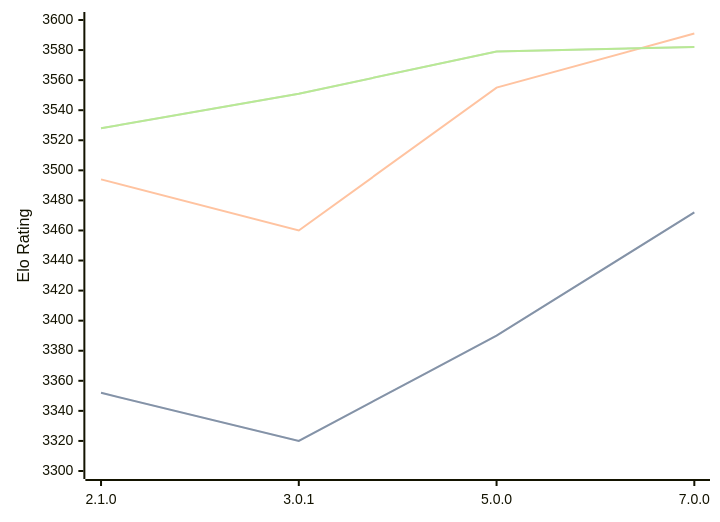
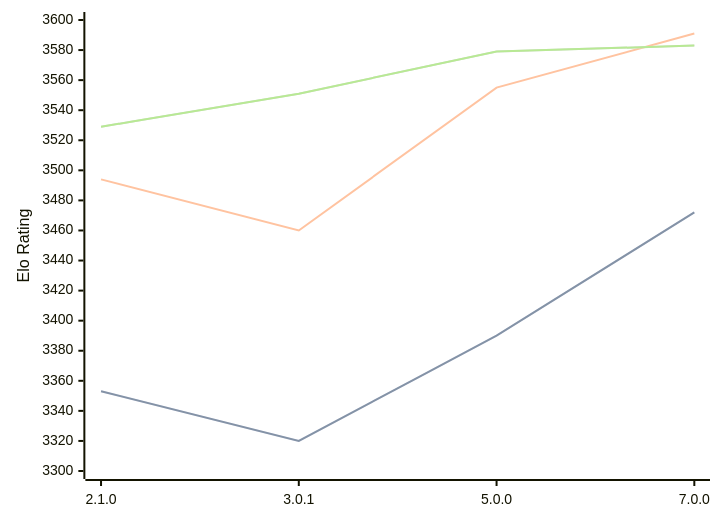
The diagram in engines/PlentyChess.md (computer-chess-index/cci), drawn with Mermaid before and after one commit. The commit also changed other lines of this file, not shown here.

Commit message:
Update CCI Ratings (ELO VLTC) - 2026-04-10

````diff
--- a/engines/PlentyChess.md
+++ b/engines/PlentyChess.md
@@ -45,11 +45,11 @@
 ```mermaid
 %%{init: {"theme":"base","themeVariables":{"seriesColors:['#a3a3a3','#222221','#faa371']}}}%%
 xychart-beta
   x-axis ["2.1.0", "3.0.1", "5.0.0", "7.0.0"]
   y-axis "Elo Rating" 3300 --> 3600
-  line "STC (8.0+0.08s)" [3352, 3320, 3390, 3472]
-  line "STC (8.0+0.08s)" [3352, 3320, 3390, 3472]
+  line "STC (8.0+0.08s)" [3353, 3320, 3390, 3472]
+  line "STC (8.0+0.08s)" [3353, 3320, 3390, 3472]
   line "LTC (60.0+0.60s)" [3494, 3460, 3555, 3591]
-  line "VLTC (2m24s+1.12s)" [3528, 3551, 3579, 3582]
-  line "VLTC (2m24s+1.12s)" [3528, 3551, 3579, 3582]
+  line "VLTC (2m24s+1.12s)" [3529, 3551, 3579, 3583]
+  line "VLTC (2m24s+1.12s)" [3529, 3551, 3579, 3583]
 ```
````
